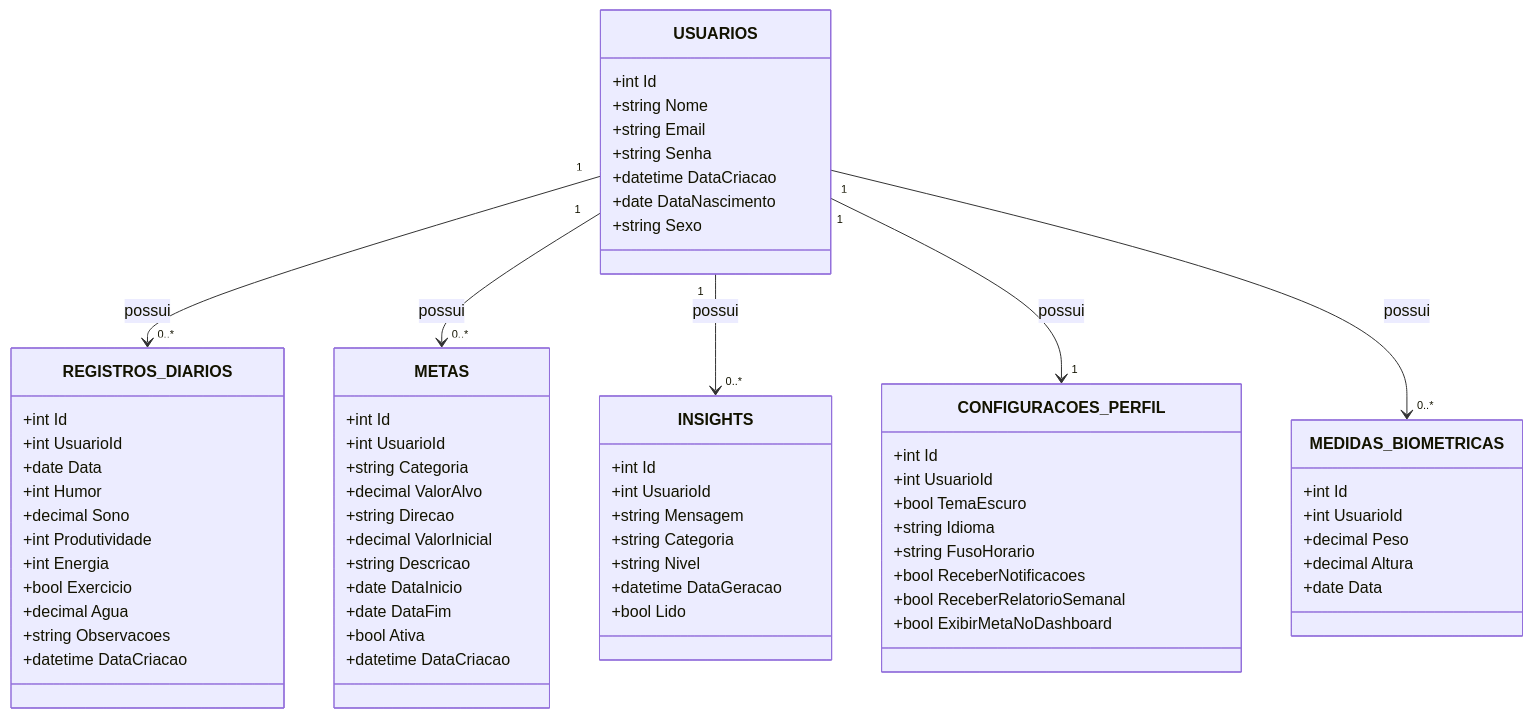
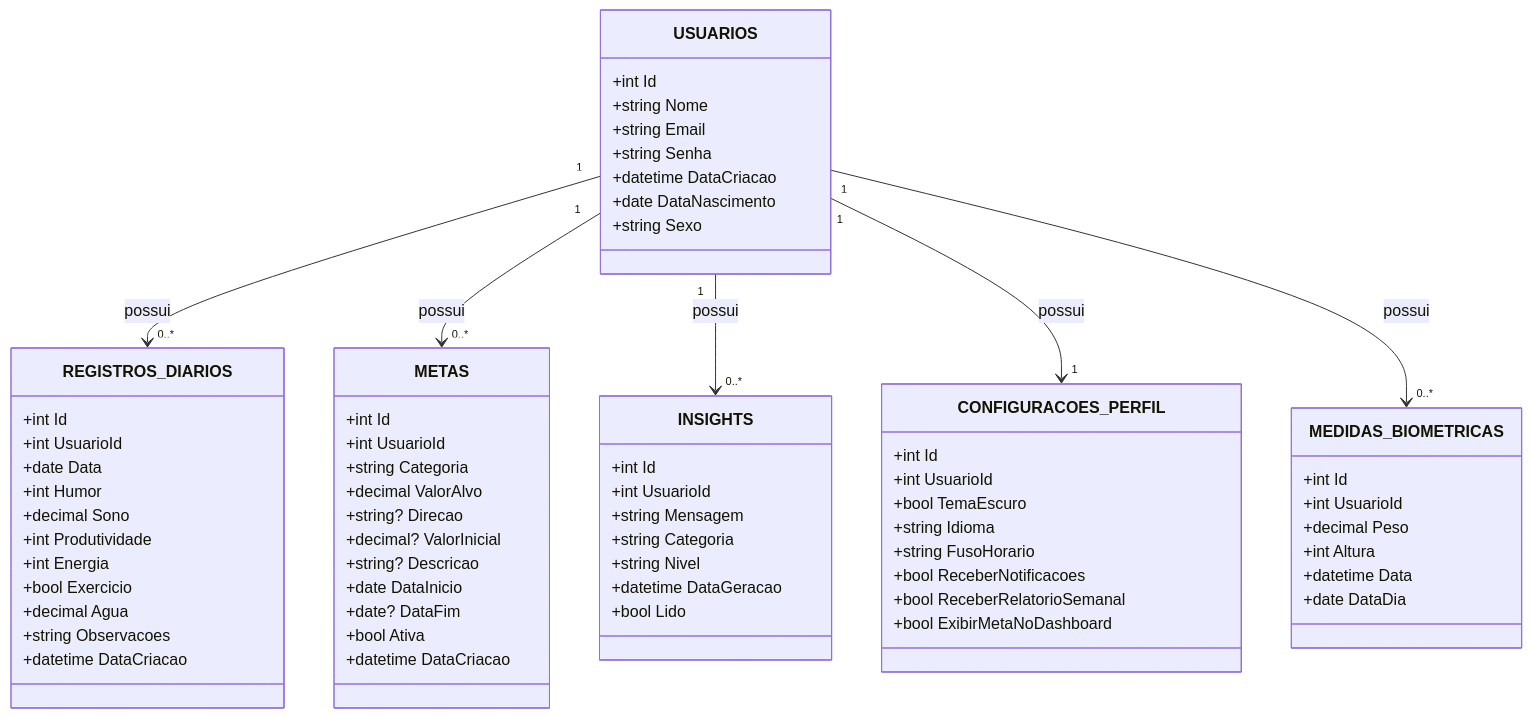
The diagram in documentation.md (cidade-felipe/RitmoApi), drawn with Mermaid before and after one commit. The commit also changed other lines of this file and 2 other files, not shown here.

Commit message:
Alinha documentações com o schema real do banco e corrige divergências de biometria/metas

````diff
--- a/documentation.md
+++ b/documentation.md
@@ -190,75 +190,76 @@
 ```mermaid
 classDiagram
     class USUARIOS {
         +int Id
         +string Nome
         +string Email
         +string Senha
         +datetime DataCriacao
         +date DataNascimento
         +string Sexo
     }
 
     class REGISTROS_DIARIOS {
         +int Id
         +int UsuarioId
         +date Data
         +int Humor
         +decimal Sono
         +int Produtividade
         +int Energia
         +bool Exercicio
         +decimal Agua
         +string Observacoes
         +datetime DataCriacao
     }
 
     class METAS {
         +int Id
         +int UsuarioId
         +string Categoria
         +decimal ValorAlvo
-        +string Direcao
-        +decimal ValorInicial
-        +string Descricao
+        +string? Direcao
+        +decimal? ValorInicial
+        +string? Descricao
         +date DataInicio
-        +date DataFim
+        +date? DataFim
         +bool Ativa
         +datetime DataCriacao
     }
 
     class INSIGHTS {
         +int Id
         +int UsuarioId
         +string Mensagem
         +string Categoria
         +string Nivel
         +datetime DataGeracao
         +bool Lido
     }
 
     class CONFIGURACOES_PERFIL {
         +int Id
         +int UsuarioId
         +bool TemaEscuro
         +string Idioma
         +string FusoHorario
         +bool ReceberNotificacoes
         +bool ReceberRelatorioSemanal
         +bool ExibirMetaNoDashboard
     }
 
     class MEDIDAS_BIOMETRICAS {
         +int Id
         +int UsuarioId
         +decimal Peso
-        +decimal Altura
-        +date Data
+        +int Altura
+        +datetime Data
+        +date DataDia
     }
 
     USUARIOS "1" --> "0..*" REGISTROS_DIARIOS : possui
     USUARIOS "1" --> "0..*" METAS : possui
     USUARIOS "1" --> "0..*" INSIGHTS : possui
     USUARIOS "1" --> "1" CONFIGURACOES_PERFIL : possui
     USUARIOS "1" --> "0..*" MEDIDAS_BIOMETRICAS : possui
 ```
````
